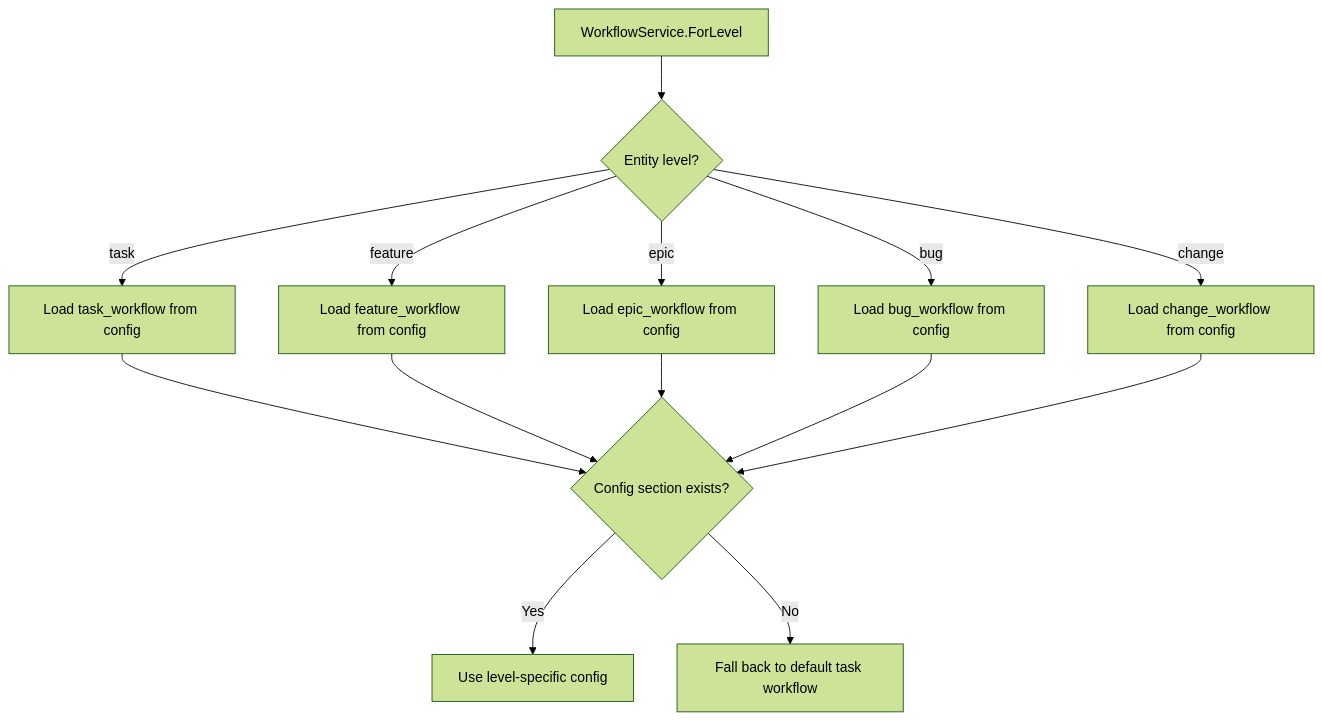
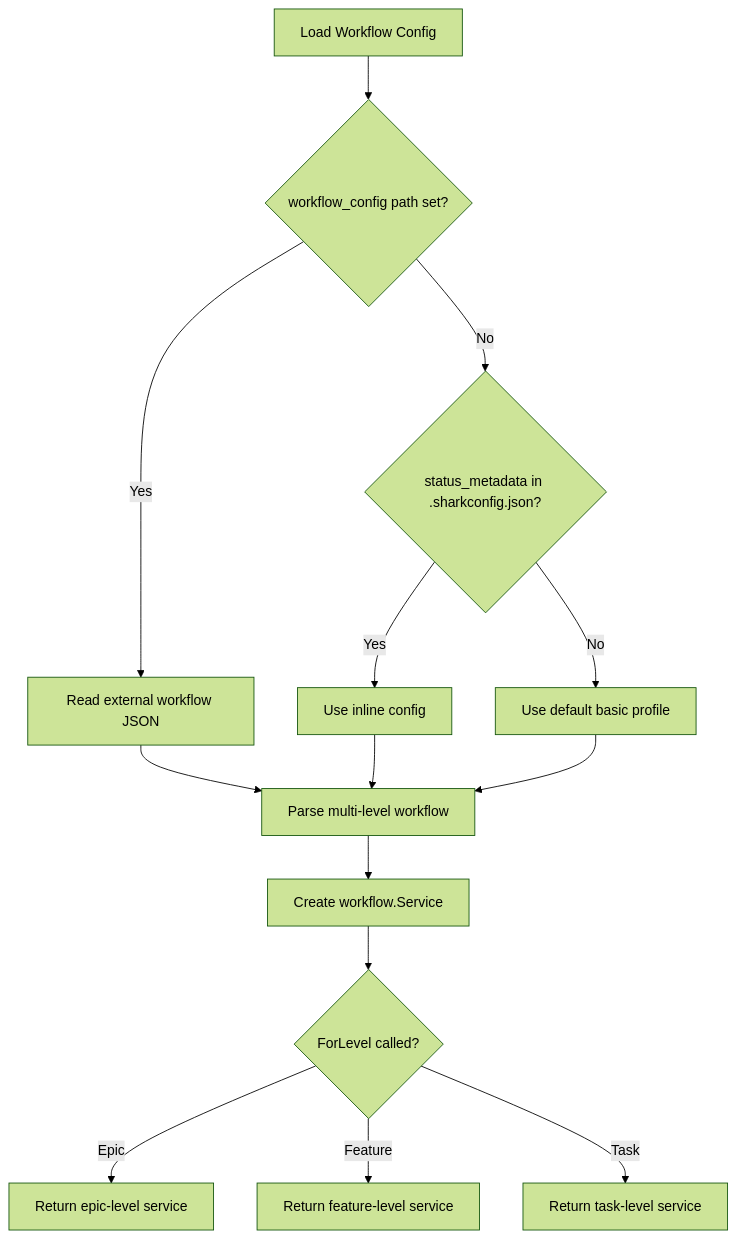
One commit to jwwelbor/shark-task-manager changed the seventh of 8 diagrams in brownfield-docs/behavior/decision-logic.md. Above: the diagram before and after it, drawn with Mermaid (forest theme). The commit also changed other lines of this file and 47 other files, not shown here.

````diff
--- a/brownfield-docs/behavior/decision-logic.md
+++ b/brownfield-docs/behavior/decision-logic.md
@@ -78,18 +116,16 @@
 ```mermaid
 flowchart TD
-    SVC[WorkflowService.ForLevel] --> LEVEL{Entity level?}
-    LEVEL -->|task| TASK_WF[Load task_workflow from config]
-    LEVEL -->|feature| FEAT_WF[Load feature_workflow from config]
-    LEVEL -->|epic| EPIC_WF[Load epic_workflow from config]
-    LEVEL -->|bug| BUG_WF[Load bug_workflow from config]
-    LEVEL -->|change| CC_WF[Load change_workflow from config]
-
-    TASK_WF --> FOUND{Config section exists?}
-    FEAT_WF --> FOUND
-    EPIC_WF --> FOUND
-    BUG_WF --> FOUND
-    CC_WF --> FOUND
-
-    FOUND -->|Yes| USE[Use level-specific config]
-    FOUND -->|No| FALLBACK[Fall back to default task workflow]
+    A[Load Workflow Config] --> B{workflow_config path set?}
+    B -->|Yes| C[Read external workflow JSON]
+    B -->|No| D{status_metadata in .sharkconfig.json?}
+    D -->|Yes| E[Use inline config]
+    D -->|No| F[Use default basic profile]
+    C --> G[Parse multi-level workflow]
+    E --> G
+    F --> G
+    G --> H[Create workflow.Service]
+    H --> I{ForLevel called?}
+    I -->|Epic| J[Return epic-level service]
+    I -->|Feature| K[Return feature-level service]
+    I -->|Task| L[Return task-level service]
 ```
````
